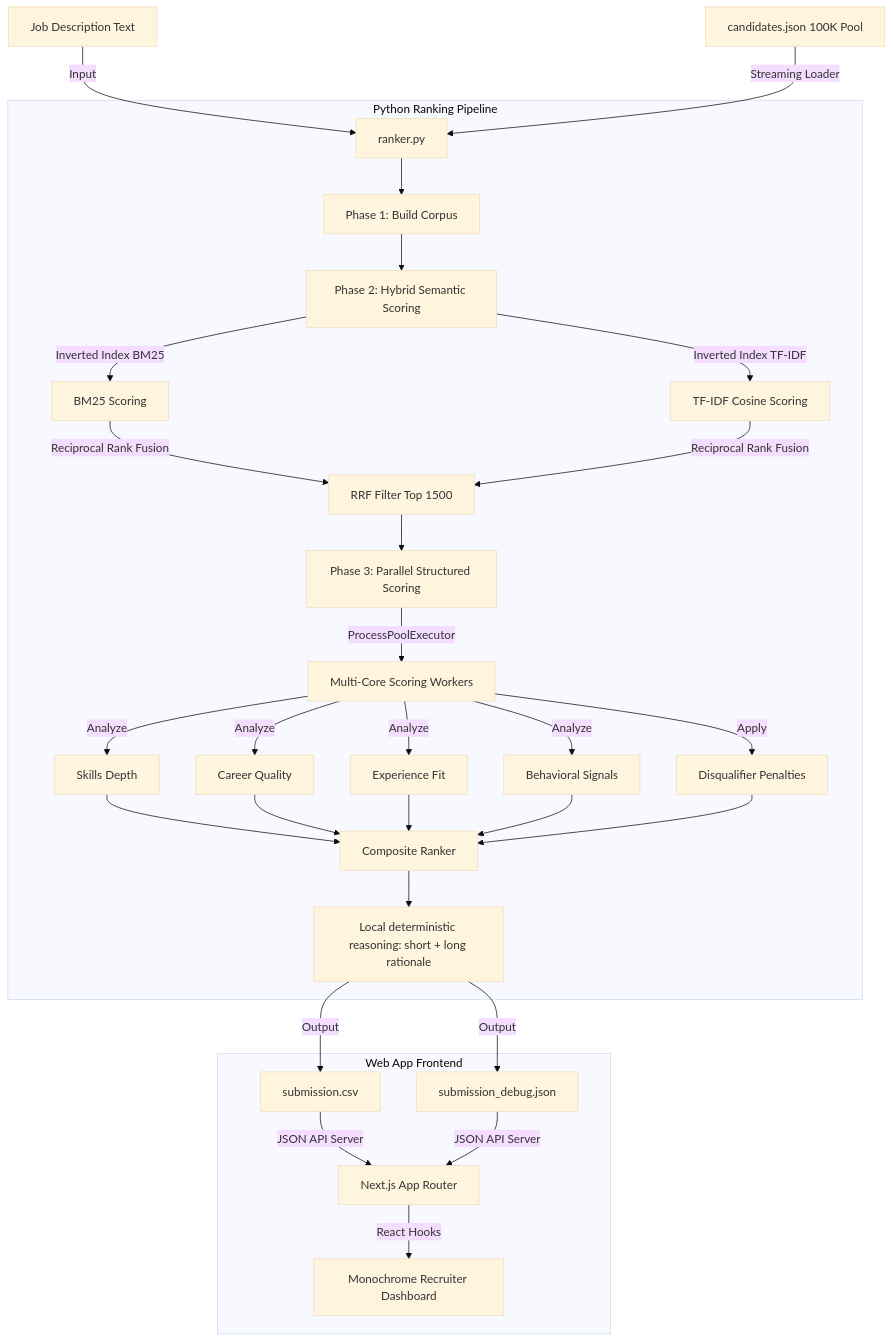
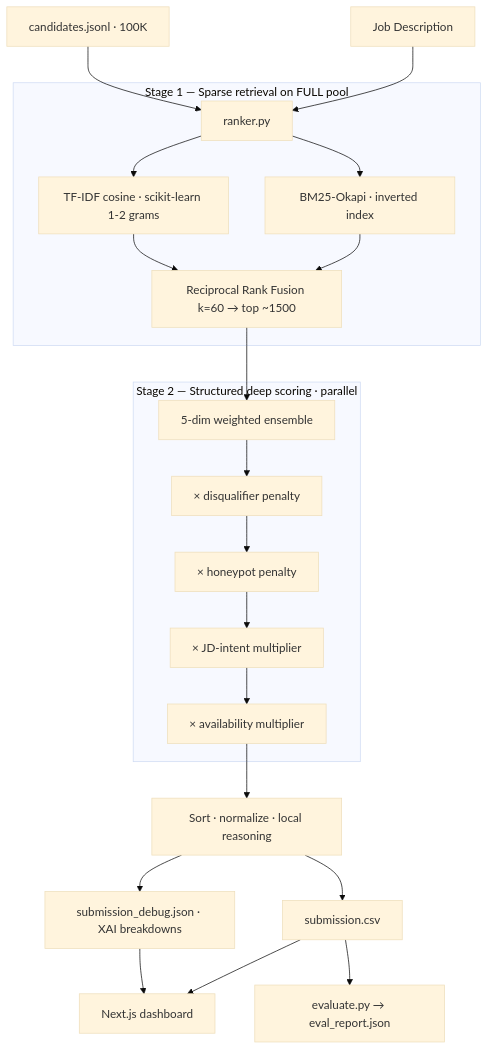
Before and after one commit to Unique-exe19/nexthire: the diagram in README.md, drawn with Mermaid (base theme). The commit also changed other lines of this file and 19 other files, not shown here.

````diff
--- a/README.md
+++ b/README.md
@@ -13,32 +64,22 @@
 ```mermaid
 graph TD
-    JD[Job Description Text] --> |Input| R[ranker.py]
-    JSONL[candidates.json 100K Pool] --> |Streaming Loader| R
-    
-    subgraph Python Ranking Pipeline
-        R --> P1[Phase 1: Build Corpus]
-        P1 --> P2[Phase 2: Hybrid Semantic Scoring]
-        P2 --> |Inverted Index BM25| P2_BM25[BM25 Scoring]
-        P2 --> |Inverted Index TF-IDF| P2_TFIDF[TF-IDF Cosine Scoring]
-        P2_BM25 & P2_TFIDF --> |Reciprocal Rank Fusion| P2_RRF[RRF Filter Top 1500]
-        
-        P2_RRF --> P3[Phase 3: Parallel Structured Scoring]
-        P3 --> |ProcessPoolExecutor| P3_Workers[Multi-Core Scoring Workers]
-        P3_Workers --> |Analyze| Dim1[Skills Depth]
-        P3_Workers --> |Analyze| Dim2[Career Quality]
-        P3_Workers --> |Analyze| Dim3[Experience Fit]
-        P3_Workers --> |Analyze| Dim4[Behavioral Signals]
-        P3_Workers --> |Apply| Penalty[Disqualifier Penalties]
-        
-        Dim1 & Dim2 & Dim3 & Dim4 & Penalty --> P3_Ensemble[Composite Ranker]
-        P3_Ensemble --> Local[Local deterministic reasoning: short + long rationale]
+    JD[Job Description] --> R[ranker.py]
+    POOL[candidates.jsonl · 100K] --> R
+    subgraph STAGE1[Stage 1 — Sparse retrieval on FULL pool]
+        R --> BM25[BM25-Okapi · inverted index]
+        R --> TFIDF[TF-IDF cosine · scikit-learn 1-2 grams]
+        BM25 & TFIDF --> RRF[Reciprocal Rank Fusion k=60 → top ~1500]
     end
-    
-    Local --> |Output| CSV[submission.csv]
-    Local --> |Output| DebugJSON[submission_debug.json]
-    
-    subgraph Web App Frontend
-        CSV & DebugJSON --> |JSON API Server| NextJS[Next.js App Router]
-        NextJS --> |React Hooks| UI[Monochrome Recruiter Dashboard]
+    subgraph STAGE2[Stage 2 — Structured deep scoring · parallel]
+        RRF --> ENS[5-dim weighted ensemble]
+        ENS --> DISQ[× disqualifier penalty]
+        DISQ --> HONEY[× honeypot penalty]
+        HONEY --> INTENT[× JD-intent multiplier]
+        INTENT --> AVAIL[× availability multiplier]
     end
+    AVAIL --> OUT[Sort · normalize · local reasoning]
+    OUT --> CSV[submission.csv]
+    OUT --> DBG[submission_debug.json · XAI breakdowns]
+    CSV & DBG --> WEB[Next.js dashboard]
+    CSV --> EVAL[evaluate.py → eval_report.json]
 ```
````
